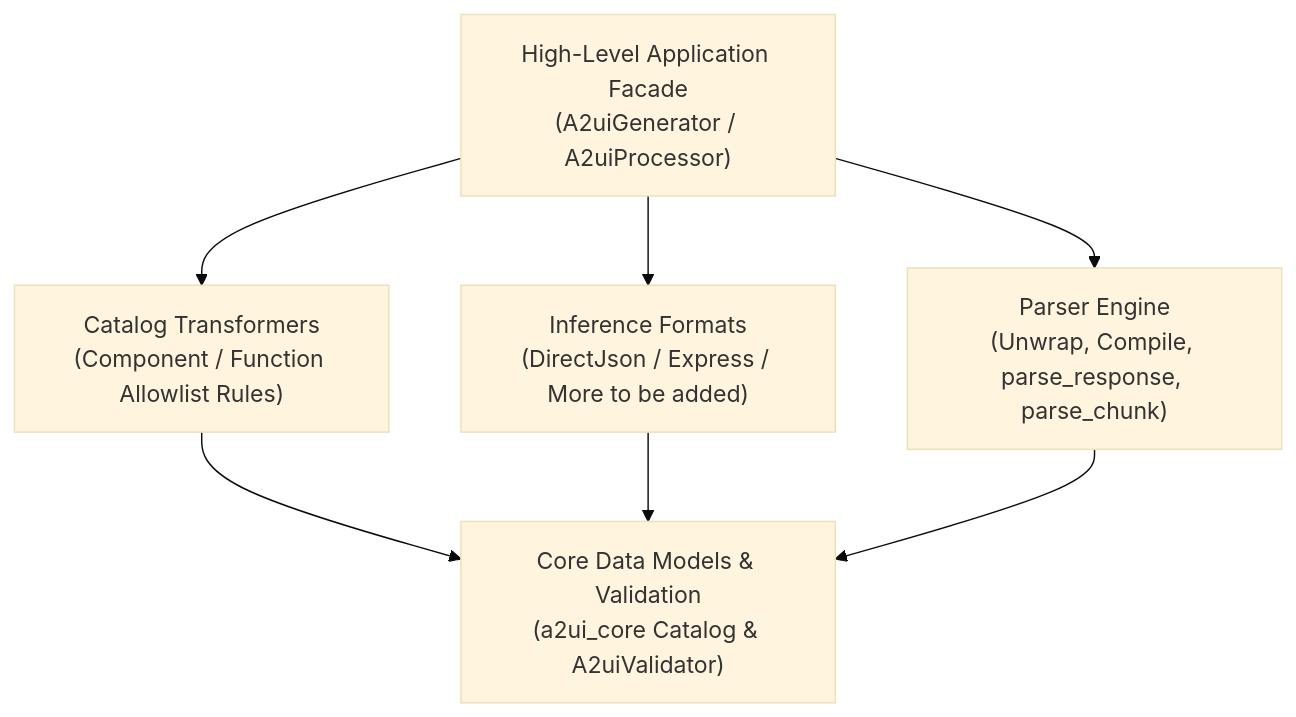
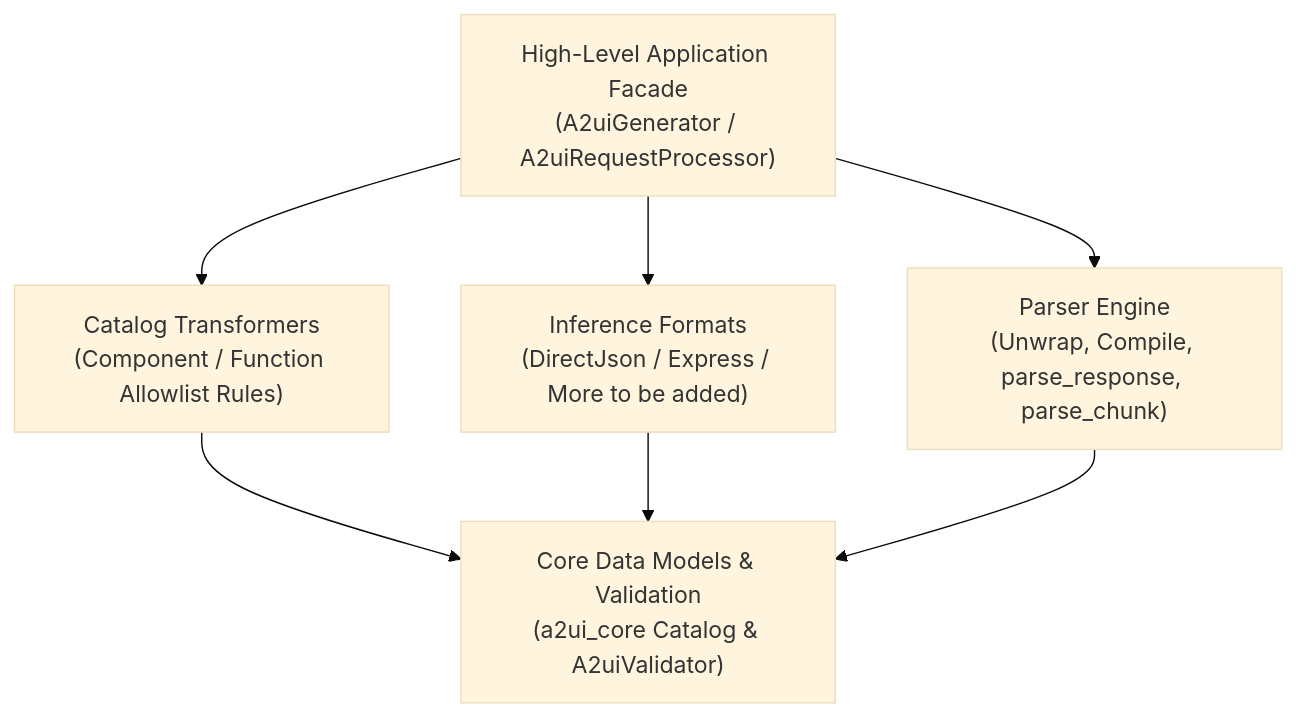
Before and after one commit to a2ui-project/a2ui: the diagram in blueprints/modules/a2ui_agent.blueprint.md, drawn with Mermaid (base theme). The commit also changed other lines of this file and 1 other file, not shown here.

Commit message:
Address review comments on PR #1990: rename A2uiProcessor to A2uiRequestProcessor, omit concrete implementations, and simplify Express section

````diff
--- a/blueprints/modules/a2ui_agent.blueprint.md
+++ b/blueprints/modules/a2ui_agent.blueprint.md
@@ -28,15 +28,15 @@
 ```mermaid
 graph TD
-    Facade["High-Level Application Facade<br/>(A2uiGenerator / A2uiProcessor)"]
+    Facade["High-Level Application Facade<br/>(A2uiGenerator / A2uiRequestProcessor)"]
     Transformers["Catalog Transformers<br/>(Component / Function Allowlist Rules)"]
     Formats["Inference Formats<br/>(DirectJson / Express / More to be added)"]
     Parsers["Parser Engine<br/>(Unwrap, Compile, parse_response, parse_chunk)"]
     CoreModels["Core Data Models & Validation<br/>(a2ui_core Catalog & A2uiValidator)"]
 
     Facade --> Transformers
     Facade --> Formats
     Facade --> Parsers
     Transformers --> CoreModels
     Formats --> CoreModels
     Parsers --> CoreModels
 ```
````
